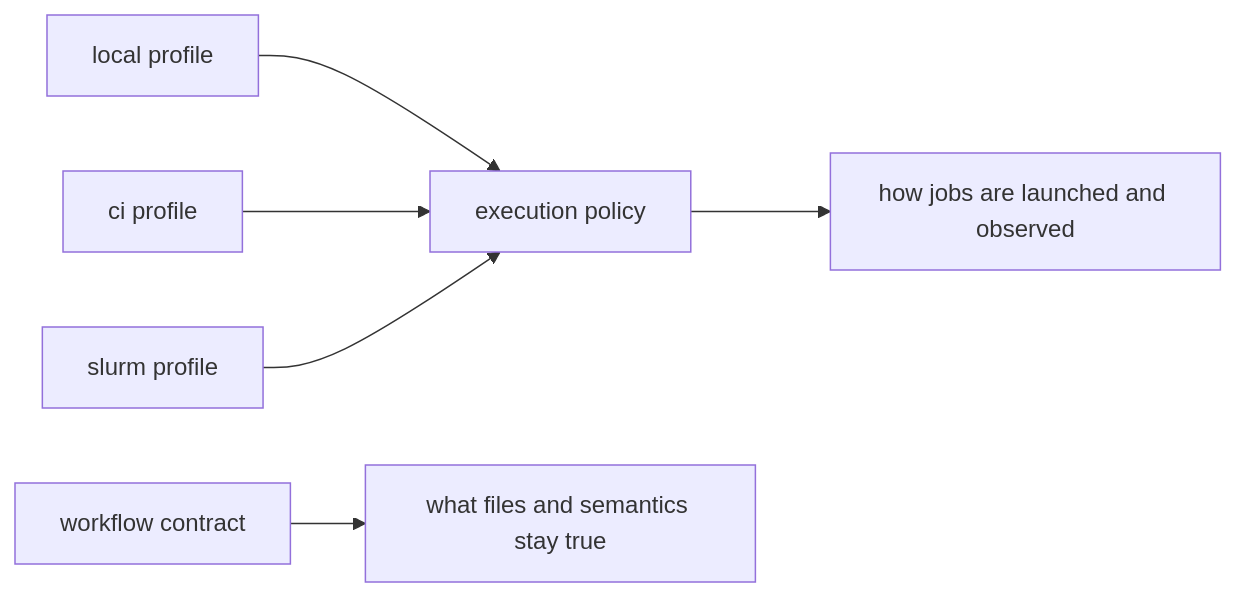
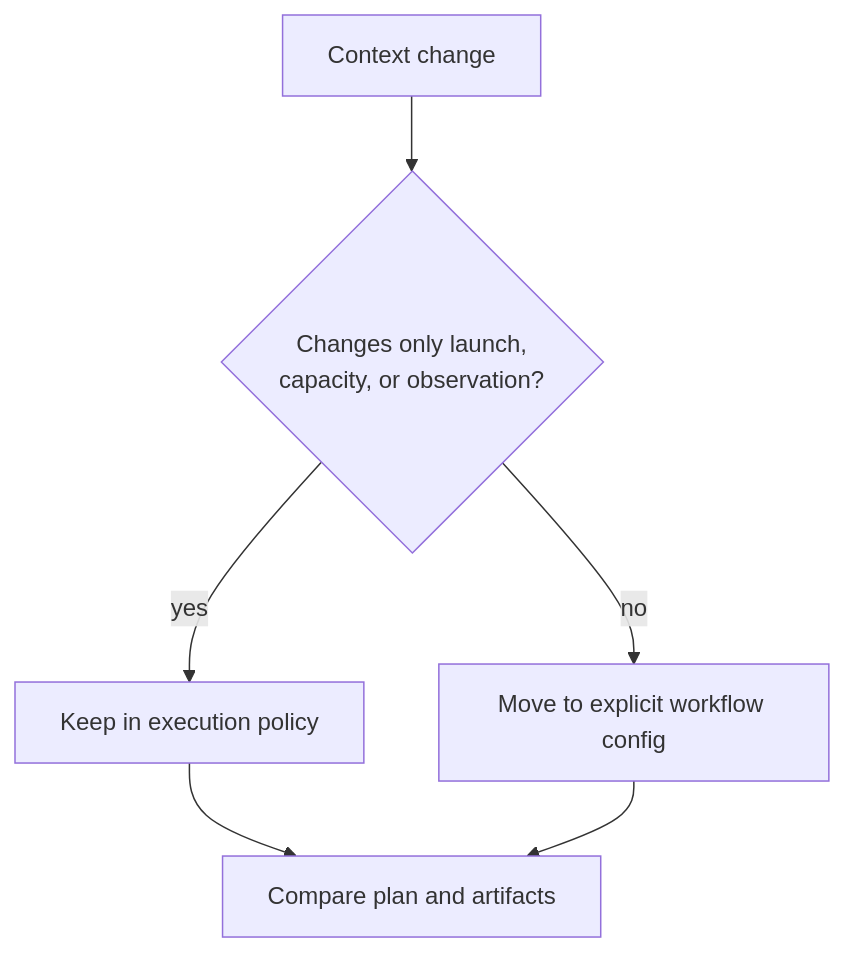
The second of 2 diagrams in programs/reproducible-research/deep-dive-snakemake/course-book/module-08-operating-contexts-execution-policy/executors-queues-and-context-invariant-workflow-meaning.md (bijux/bijux-masterclass), drawn with Mermaid before and after one commit. The commit also changed other lines of this file, not shown here.

````diff
--- a/programs/reproducible-research/deep-dive-snakemake/course-book/module-08-operating-contexts-execution-policy/executors-queues-and-context-invariant-workflow-meaning.md
+++ b/programs/reproducible-research/deep-dive-snakemake/course-book/module-08-operating-contexts-execution-policy/executors-queues-and-context-invariant-workflow-meaning.md
@@ -89,8 +229,12 @@
 ```mermaid
-flowchart LR
-  local["local profile"] --> policy["execution policy"]
-  ci["ci profile"] --> policy
-  slurm["slurm profile"] --> policy
-  policy --> run["how jobs are launched and observed"]
-  contract["workflow contract"] --> meaning["what files and semantics stay true"]
+flowchart TD
+  change["Context change"]
+  asks{"Changes only launch,<br/>capacity, or observation?"}
+  policy["Keep in execution policy"]
+  semantic["Move to explicit workflow config"]
+  prove["Compare plan and artifacts"]
+
+  change --> asks
+  asks -->|yes| policy --> prove
+  asks -->|no| semantic --> prove
 ```
````
